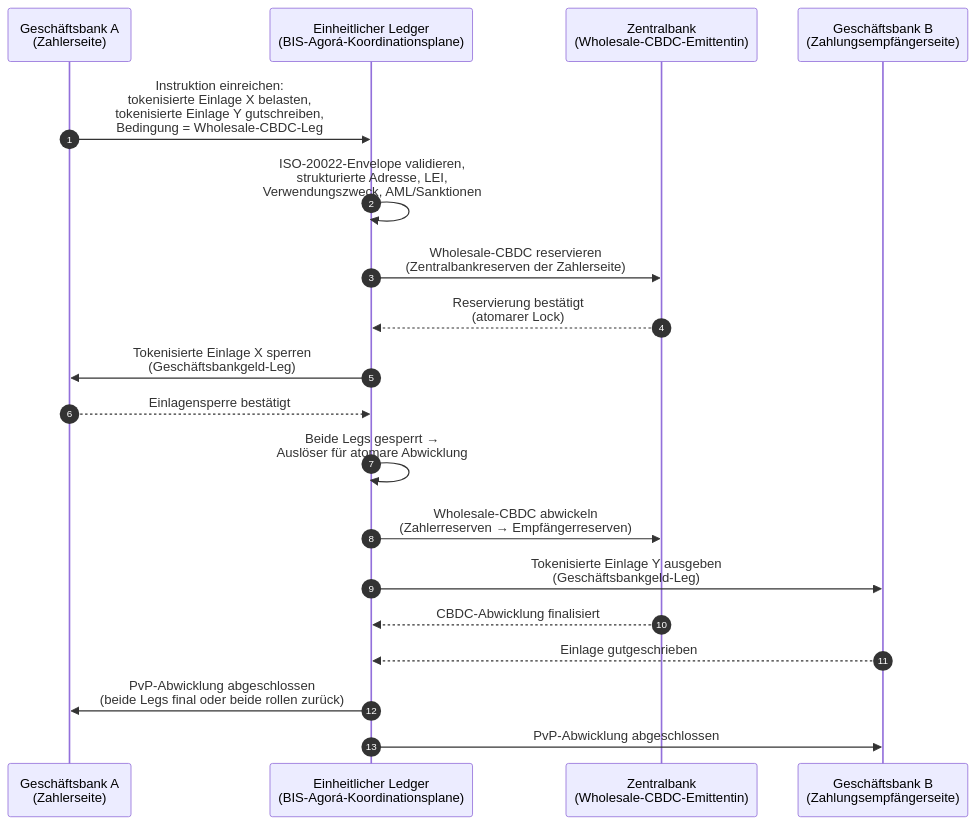
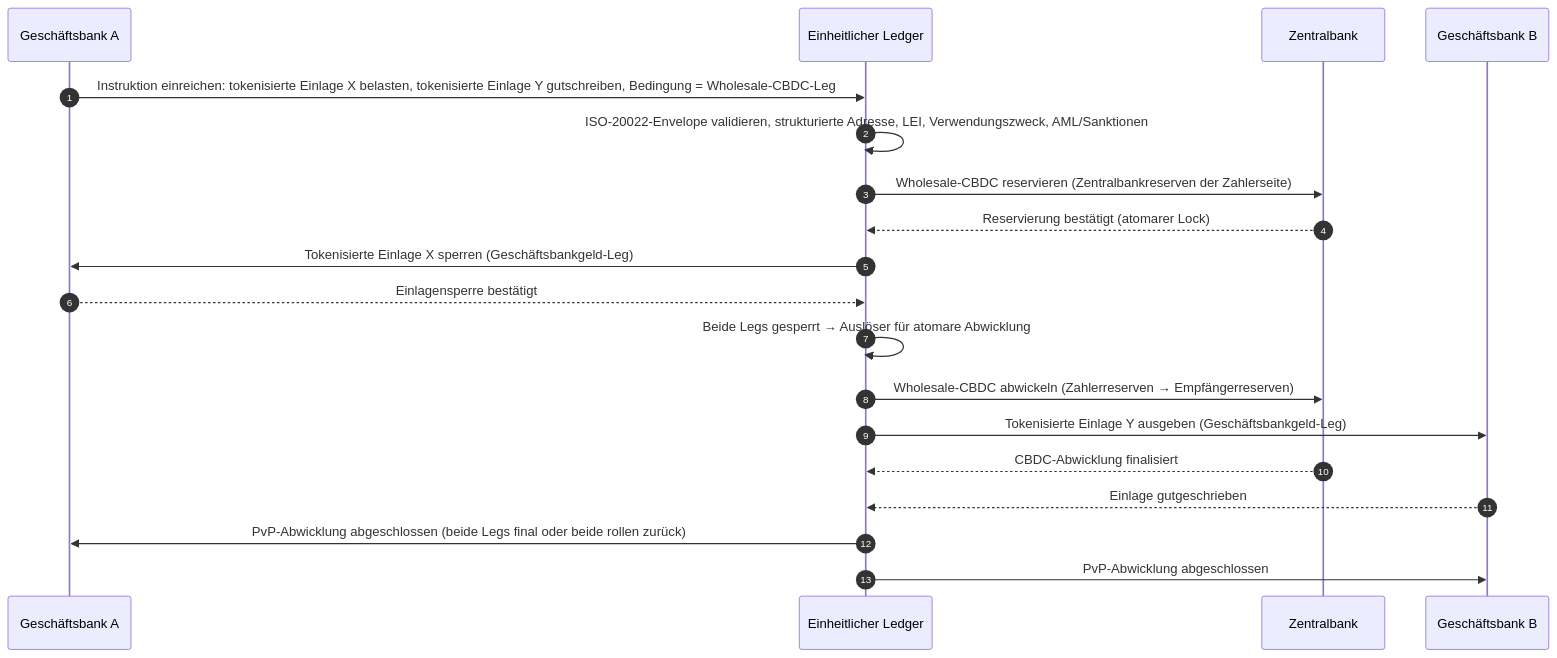
The diagram in _posts/de/2026-06-06-wholesale-payments-index-iso20022-tokenised-deposits-cross-border-2026.md (sebastienrousseau/sebastienrousseau.github.io), drawn with Mermaid before and after one commit. The commit also changed 2231 other files, not shown here.

First line of the commit message:
fix(mermaid): unblock Mermaid v10 rendering end-to-end (#198)

````diff
--- a/_posts/de/2026-06-06-wholesale-payments-index-iso20022-tokenised-deposits-cross-border-2026.md
+++ b/_posts/de/2026-06-06-wholesale-payments-index-iso20022-tokenised-deposits-cross-border-2026.md
@@ -170,22 +170,21 @@
 ```mermaid
 sequenceDiagram
     autonumber
-    participant CB_A as Geschäftsbank A<br/>(Zahlerseite)
-    participant UL as Einheitlicher Ledger<br/>(BIS-Agorá-Koordinationsplane)
-    participant CBNK as Zentralbank<br/>(Wholesale-CBDC-Emittentin)
-    participant CB_B as Geschäftsbank B<br/>(Zahlungsempfängerseite)
-
-    CB_A->>UL: Instruktion einreichen:<br/>tokenisierte Einlage X belasten,<br/>tokenisierte Einlage Y gutschreiben,<br/>Bedingung = Wholesale-CBDC-Leg
-    UL->>UL: ISO-20022-Envelope validieren,<br/>strukturierte Adresse, LEI,<br/>Verwendungszweck, AML/Sanktionen
-    UL->>CBNK: Wholesale-CBDC reservieren<br/>(Zentralbankreserven der Zahlerseite)
-    CBNK-->>UL: Reservierung bestätigt<br/>(atomarer Lock)
-    UL->>CB_A: Tokenisierte Einlage X sperren<br/>(Geschäftsbankgeld-Leg)
+    participant CB_A as Geschäftsbank A
+    participant UL as Einheitlicher Ledger
+    participant CBNK as Zentralbank
+    participant CB_B as Geschäftsbank B
+    CB_A->>UL: Instruktion einreichen: tokenisierte Einlage X belasten, tokenisierte Einlage Y gutschreiben, Bedingung = Wholesale-CBDC-Leg
+    UL->>UL: ISO-20022-Envelope validieren, strukturierte Adresse, LEI, Verwendungszweck, AML/Sanktionen
+    UL->>CBNK: Wholesale-CBDC reservieren (Zentralbankreserven der Zahlerseite)
+    CBNK-->>UL: Reservierung bestätigt (atomarer Lock)
+    UL->>CB_A: Tokenisierte Einlage X sperren (Geschäftsbankgeld-Leg)
     CB_A-->>UL: Einlagensperre bestätigt
-    UL->>UL: Beide Legs gesperrt →<br/>Auslöser für atomare Abwicklung
-    UL->>CBNK: Wholesale-CBDC abwickeln<br/>(Zahlerreserven → Empfängerreserven)
-    UL->>CB_B: Tokenisierte Einlage Y ausgeben<br/>(Geschäftsbankgeld-Leg)
+    UL->>UL: Beide Legs gesperrt → Auslöser für atomare Abwicklung
+    UL->>CBNK: Wholesale-CBDC abwickeln (Zahlerreserven → Empfängerreserven)
+    UL->>CB_B: Tokenisierte Einlage Y ausgeben (Geschäftsbankgeld-Leg)
     CBNK-->>UL: CBDC-Abwicklung finalisiert
     CB_B-->>UL: Einlage gutgeschrieben
-    UL->>CB_A: PvP-Abwicklung abgeschlossen<br/>(beide Legs final oder beide rollen zurück)
+    UL->>CB_A: PvP-Abwicklung abgeschlossen (beide Legs final oder beide rollen zurück)
     UL->>CB_B: PvP-Abwicklung abgeschlossen
 ```
````
